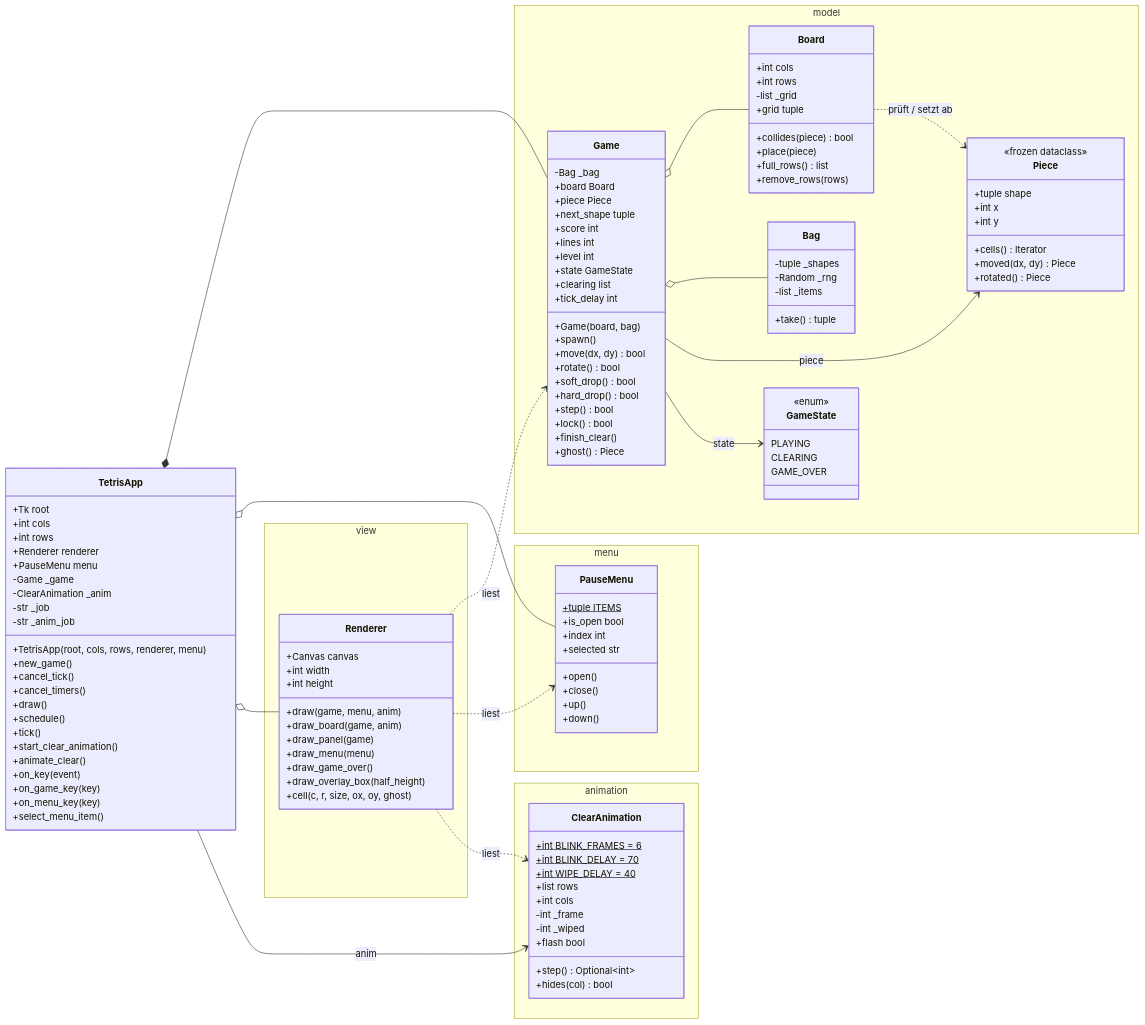
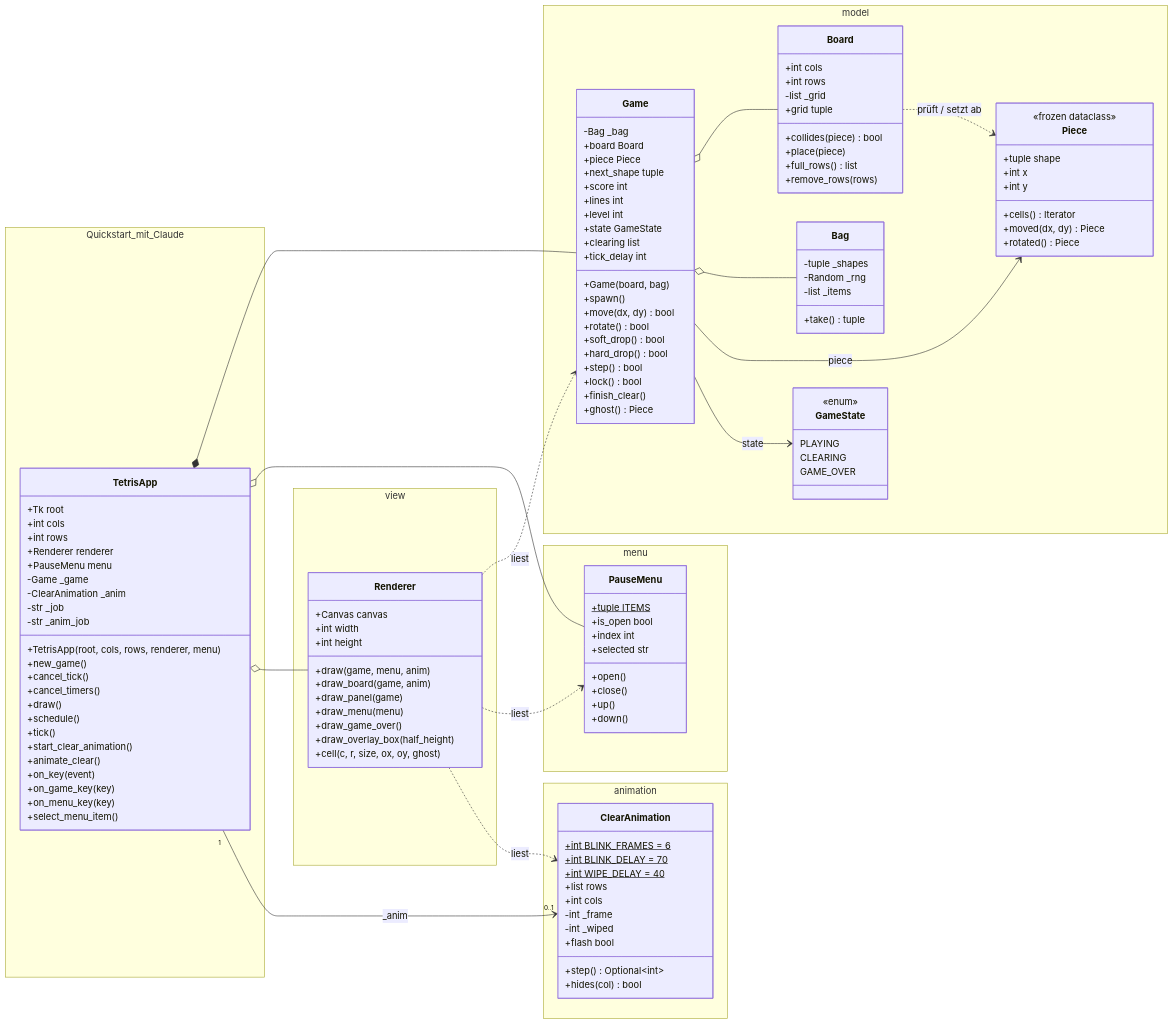
The second of 10 diagrams in docs/architecture.md (Krysek/Quickstart-mit-Claude), drawn with Mermaid before and after one commit. The commit also changed other lines of this file and 7 other files, not shown here.

First line of the commit message:
Dokumentation mit UML-Diagrammen ergänzt.

```diff
--- a/docs/architecture.md
+++ b/docs/architecture.md
@@ -142,29 +157,31 @@
         }
     }
 
-    class TetrisApp {
-        +Tk root
-        +int cols
-        +int rows
-        +Renderer renderer
-        +PauseMenu menu
-        -Game _game
-        -ClearAnimation _anim
-        -str _job
-        -str _anim_job
-        +TetrisApp(root, cols, rows, renderer, menu)
-        +new_game()
-        +cancel_tick()
-        +cancel_timers()
-        +draw()
-        +schedule()
-        +tick()
-        +start_clear_animation()
-        +animate_clear()
-        +on_key(event)
-        +on_game_key(key)
-        +on_menu_key(key)
-        +select_menu_item()
+    namespace Quickstart_mit_Claude {
+        class TetrisApp {
+            +Tk root
+            +int cols
+            +int rows
+            +Renderer renderer
+            +PauseMenu menu
+            -Game _game
+            -ClearAnimation _anim
+            -str _job
+            -str _anim_job
+            +TetrisApp(root, cols, rows, renderer, menu)
+            +new_game()
+            +cancel_tick()
+            +cancel_timers()
+            +draw()
+            +schedule()
+            +tick()
+            +start_clear_animation()
+            +animate_clear()
+            +on_key(event)
+            +on_game_key(key)
+            +on_menu_key(key)
+            +select_menu_item()
+        }
     }
 
     Game o-- Board
@@ -175,7 +192,7 @@
     TetrisApp *-- Game
     TetrisApp o-- PauseMenu
     TetrisApp o-- Renderer
-    TetrisApp --> ClearAnimation : anim
+    TetrisApp "1" --> "0..1" ClearAnimation : _anim
     Renderer ..> Game : liest
     Renderer ..> PauseMenu : liest
     Renderer ..> ClearAnimation : liest
```
